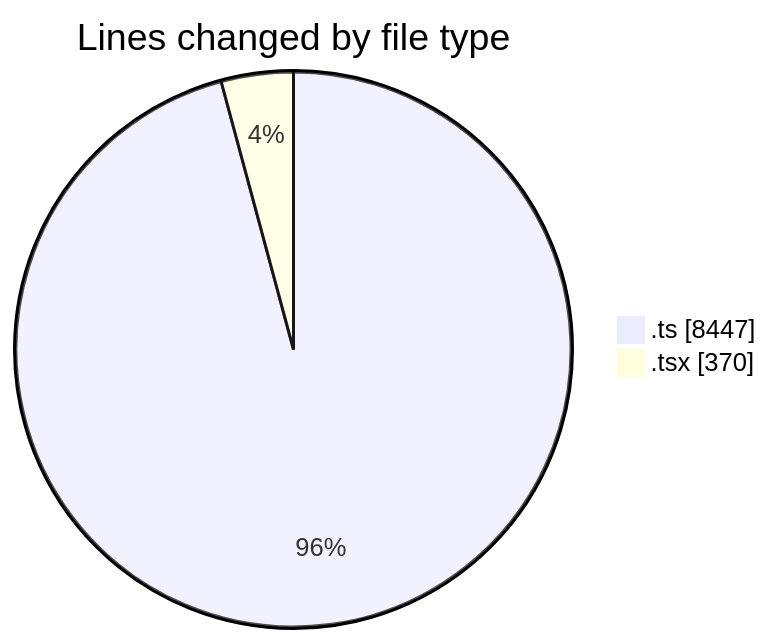
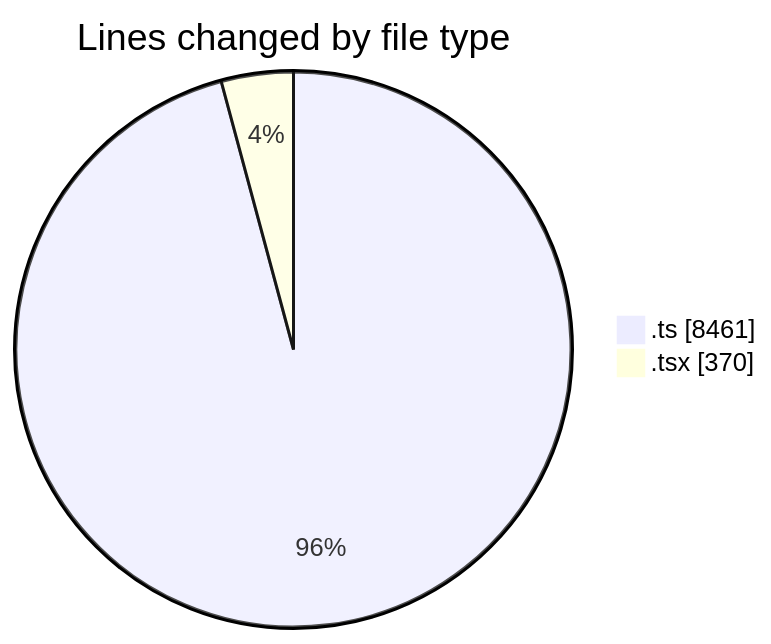
Before and after one commit to momahboobian/code-tracking: the first of 2 diagrams in 2025-07-14/cda/README.md, drawn with Mermaid. The commit also changed other lines of this file and 1 other file, not shown here.

````diff
--- a/2025-07-14/cda/README.md
+++ b/2025-07-14/cda/README.md
@@ -25,6 +25,6 @@
 ```mermaid
 pie showData
 title Lines changed by file type
-".ts" : 8447
+".ts" : 8461
 ".tsx" : 370
 ```
````
